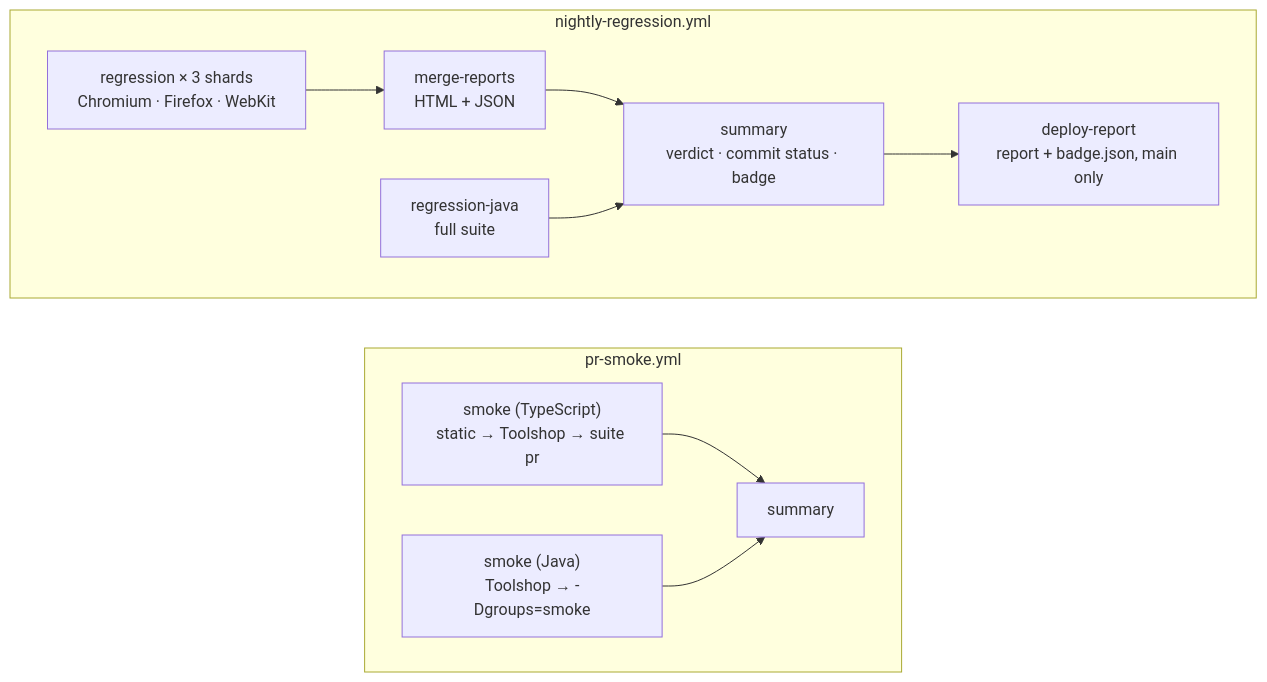
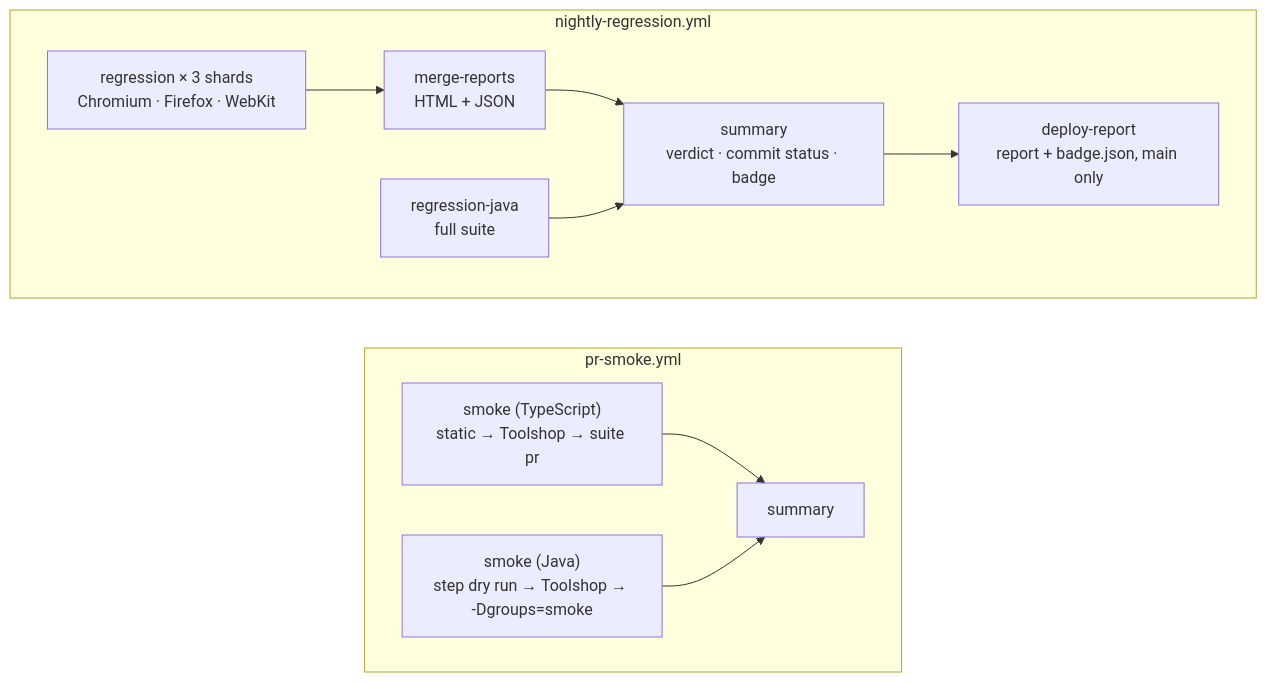
The diagram in docs/ci.md (junchunip-hue/playwright-e2e-showcase), drawn with Mermaid before and after one commit. The commit also changed other lines of this file and 4 other files, not shown here.

First line of the commit message:
CI hardening: Java step dry run in the PR, Dependabot, front-page fixes

````diff
--- a/docs/ci.md
+++ b/docs/ci.md
@@ -25,14 +29,14 @@
 ```mermaid
 flowchart LR
   subgraph PRW["pr-smoke.yml"]
     direction LR
     A["smoke (TypeScript)<br/>static → Toolshop → suite pr"] --> C["summary"]
-    B["smoke (Java)<br/>Toolshop → -Dgroups=smoke"] --> C
+    B["smoke (Java)<br/>step dry run → Toolshop → -Dgroups=smoke"] --> C
   end
   subgraph NW["nightly-regression.yml"]
     direction LR
     R["regression × 3 shards<br/>Chromium · Firefox · WebKit"] --> M["merge-reports<br/>HTML + JSON"] --> S["summary<br/>verdict · commit status · badge"]
     RJ["regression-java<br/>full suite"] --> S
     S --> D["deploy-report<br/>report + badge.json, main only"]
   end
 ```
````
